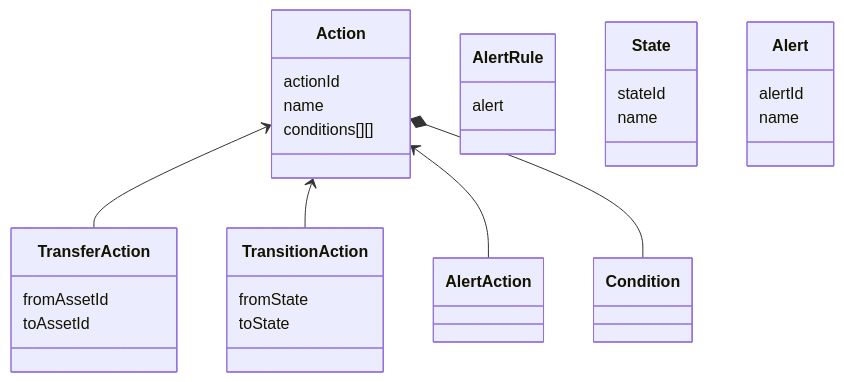
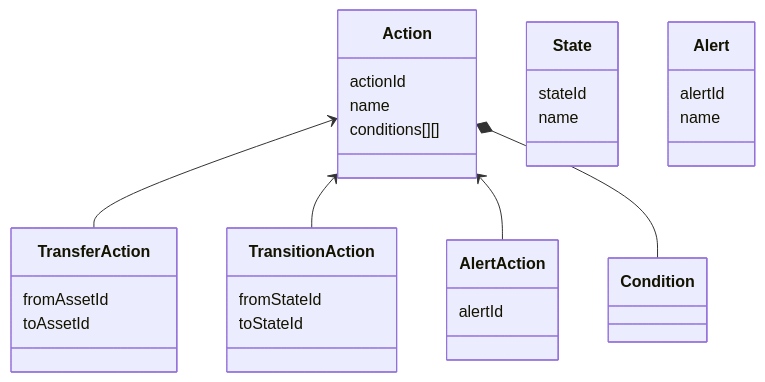
Before and after one commit to hmzk0312/FinancesDSL: the third of 6 diagrams in README.md, drawn with Mermaid. The commit also changed other lines of this file, not shown here.

````diff
--- a/README.md
+++ b/README.md
@@ -98,37 +98,37 @@
 ```mermaid
 classDiagram
     Action <-- TransferAction
     Action <-- TransitionAction
     Action <-- AlertAction
     Action *-- Condition
 
 class Action{
     actionId
     name
     conditions[][]
 }
 
 class TransferAction{
     fromAssetId
     toAssetId
 }
 
 class TransitionAction{
-    fromState
-    toState
+    fromStateId
+    toStateId
 }
 
-class AlertRule{
-    alert
+class AlertAction{
+    alertId
 }
 
 class State{
     stateId
     name
 }
 
 class Alert{
     alertId
     name
 }
 ```
````
